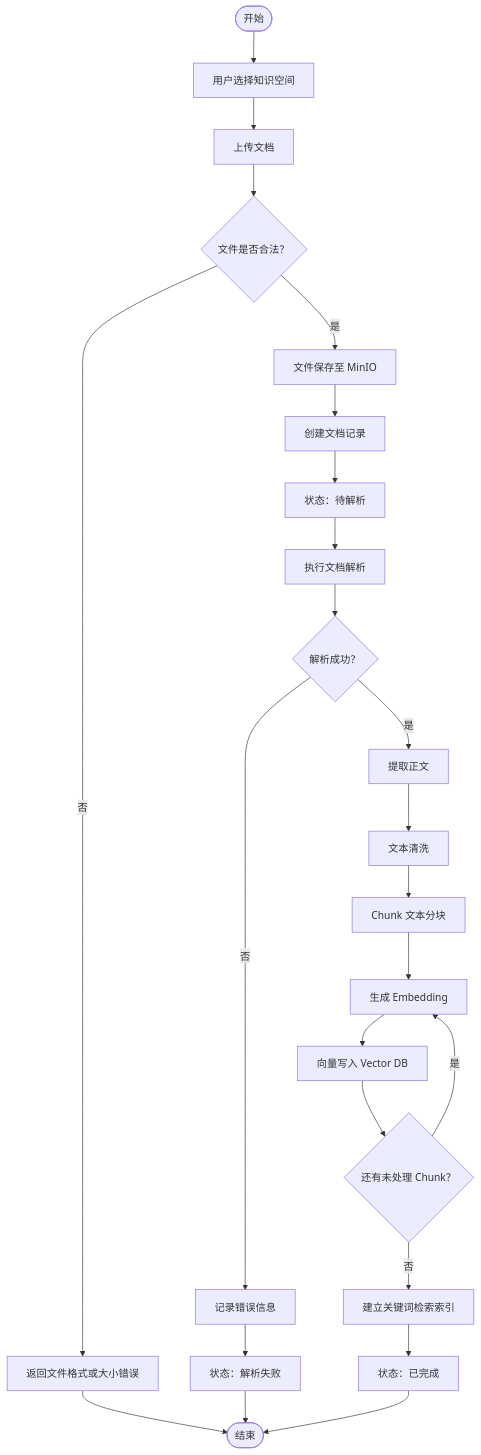
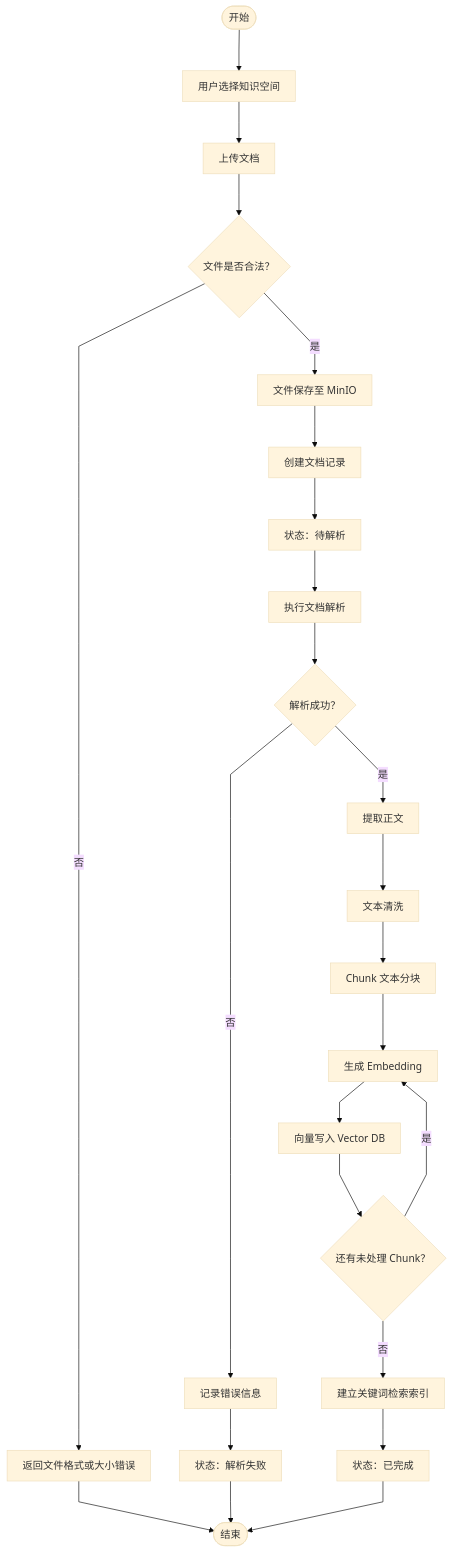
Before and after one commit to YJsnz/Agent: the eighth of 22 diagrams in readme.md, drawn with Mermaid. The commit also changed other lines of this file, not shown here.

````diff
--- a/readme.md
+++ b/readme.md
@@ -739,31 +766,32 @@
 ```mermaid
+%%{init: {"theme":"base","themeVariables":{"fontFamily":"Microsoft YaHei, Arial, sans-serif"},"flowchart":{"curve":"linear","nodeSpacing":45,"rankSpacing":65,"padding":12,"useMaxWidth":false}}}%%
 flowchart TD
     A([开始]) --> B["用户选择知识空间"]
     B --> C["上传文档"]
     C --> D{"文件是否合法？"}
 
     D -- 否 --> E["返回文件格式或大小错误"]
     E --> Z([结束])
 
     D -- 是 --> F["文件保存至 MinIO"]
     F --> G["创建文档记录"]
     G --> H["状态：待解析"]
     H --> I["执行文档解析"]
     I --> J{"解析成功？"}
 
     J -- 否 --> K["记录错误信息"]
     K --> L["状态：解析失败"]
     L --> Z
 
     J -- 是 --> M["提取正文"]
     M --> N["文本清洗"]
     N --> O["Chunk 文本分块"]
     O --> P["生成 Embedding"]
     P --> Q["向量写入 Vector DB"]
     Q --> R{"还有未处理 Chunk？"}
 
     R -- 是 --> P
     R -- 否 --> S["建立关键词检索索引"]
     S --> T["状态：已完成"]
     T --> Z
 ```
````
